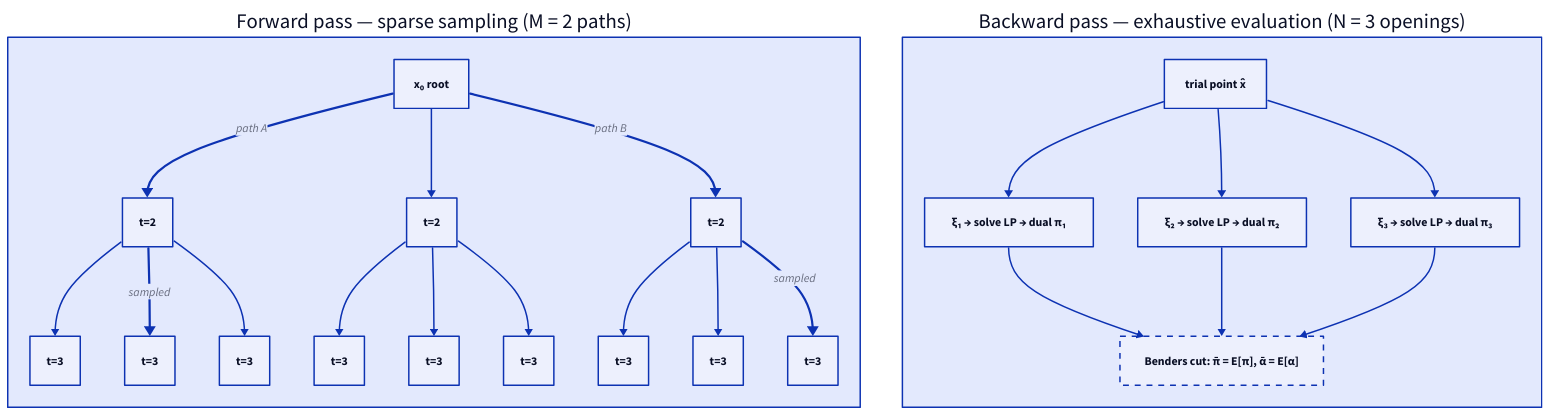
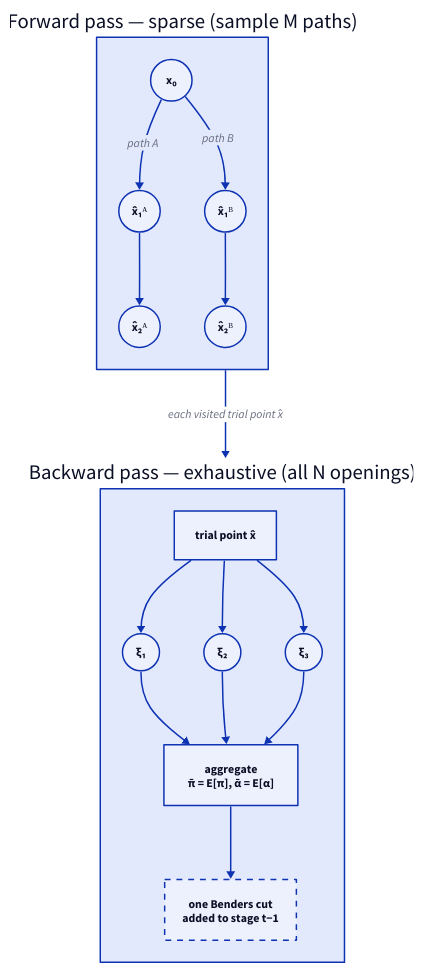
The second of 2 diagrams in src/content/docs/math/sddp-algorithm.mdx (cobre-rs/cobre-docs), drawn with D2 before and after one commit.

Commit message:
docs(sddp): redesign the forward/backward pass diagram
The old diagram drew a full 1->3->9 exhaustive tree mislabeled "M=2 paths" and
overflowed the content column at 1819px. Replace it with two stacked panels that
show the real sparse-forward / exhaustive-backward asymmetry: M sampled
trajectory chains feed a trial point into an exhaustive fan over all N openings,
aggregated into one Benders cut for stage t-1. Fits the column (603px).

(d2 note: `classes` must be a root-level block, not nested inside a container.)

Claude-Session: https://claude.ai/code/session_01K8wmW6TMUcETBDk1Utw5oN

````diff
--- a/src/content/docs/math/sddp-algorithm.mdx
+++ b/src/content/docs/math/sddp-algorithm.mdx
@@ -119,47 +119,44 @@
 ```d2
-forward: "Forward pass — sparse sampling (M = 2 paths)" {
-  direction: right
-  x0: "x₀  root"
-  n1: "t=2"
-  n2: "t=2"
-  n3: "t=2"
-  a1: "t=3"
-  a2: "t=3"
-  a3: "t=3"
-  b1: "t=3"
-  b2: "t=3"
-  b3: "t=3"
-  c1: "t=3"
-  c2: "t=3"
-  c3: "t=3"
+direction: down
 
-  x0 -> n1: "path A" {style.stroke-width: 3}
-  x0 -> n2
-  x0 -> n3: "path B" {style.stroke-width: 3}
-  n1 -> a1
-  n1 -> a2: "sampled" {style.stroke-width: 3}
-  n1 -> a3
-  n2 -> b1
-  n2 -> b2
-  n2 -> b3
-  n3 -> c1
-  n3 -> c2
-  n3 -> c3: "sampled" {style.stroke-width: 3}
+classes: {
+  st: {shape: circle; width: 56; height: 56}
+  op: {shape: circle; width: 50; height: 50}
 }
 
-backward: "Backward pass — exhaustive evaluation (N = 3 openings)" {
+forward: "Forward pass — sparse (sample M paths)" {
+  direction: right
+
+  x0: "x₀" {class: st}
+  a1: "x̂₁ᴬ" {class: st}
+  a2: "x̂₂ᴬ" {class: st}
+  b1: "x̂₁ᴮ" {class: st}
+  b2: "x̂₂ᴮ" {class: st}
+
+  x0 -> a1: "path A"
+  a1 -> a2
+  x0 -> b1: "path B"
+  b1 -> b2
+}
+
+backward: "Backward pass — exhaustive (all N openings)" {
   direction: down
-  xhat: "trial point x̂"
-  o1: "ξ₁  →  solve LP  →  dual π₁"
-  o2: "ξ₂  →  solve LP  →  dual π₂"
-  o3: "ξ₃  →  solve LP  →  dual π₃"
-  cut: "Benders cut:  π̄ = E[π],  ᾱ = E[α]" {style.stroke-dash: 4}
 
-  xhat -> o1
-  xhat -> o2
-  xhat -> o3
-  o1 -> cut
-  o2 -> cut
-  o3 -> cut
+  trial: "trial point x̂"
+  o1: "ξ₁" {class: op}
+  o2: "ξ₂" {class: op}
+  o3: "ξ₃" {class: op}
+  agg: "aggregate\nπ̄ = E[π],  ᾱ = E[α]"
+  cut: "one Benders cut\nadded to stage t−1" {style.stroke-dash: 4}
+
+  trial -> o1
+  trial -> o2
+  trial -> o3
+  o1 -> agg
+  o2 -> agg
+  o3 -> agg
+  agg -> cut
 }
+
+forward -> backward: "each visited trial point x̂"
 ```
````
